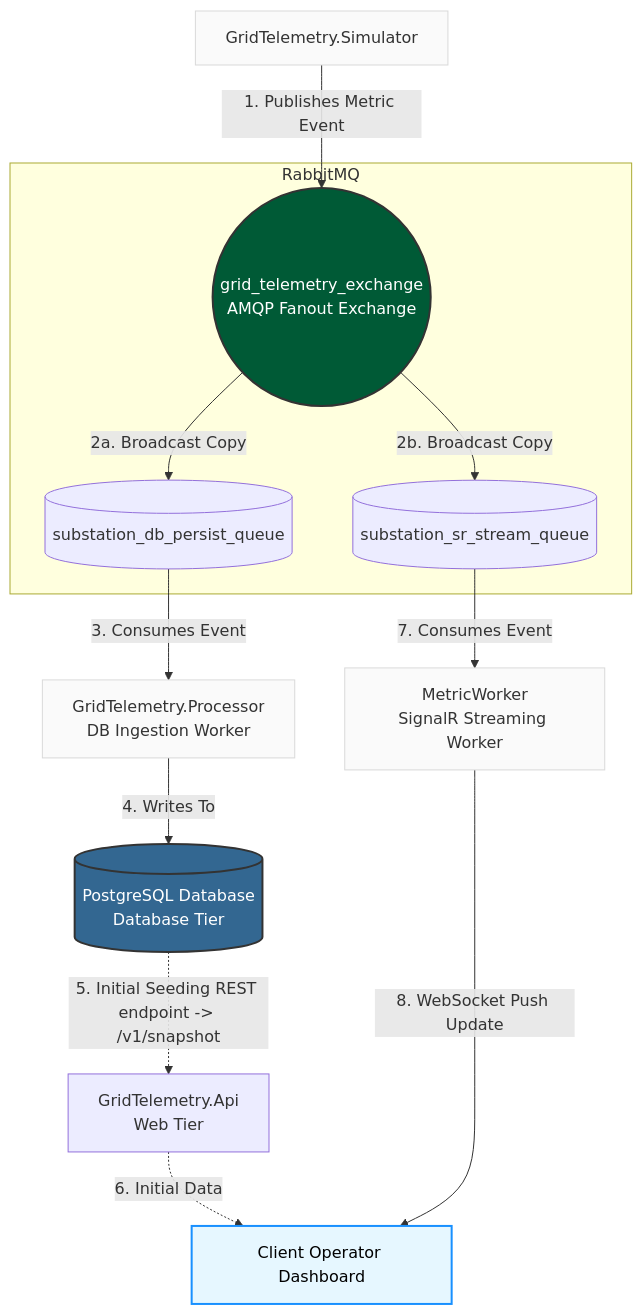
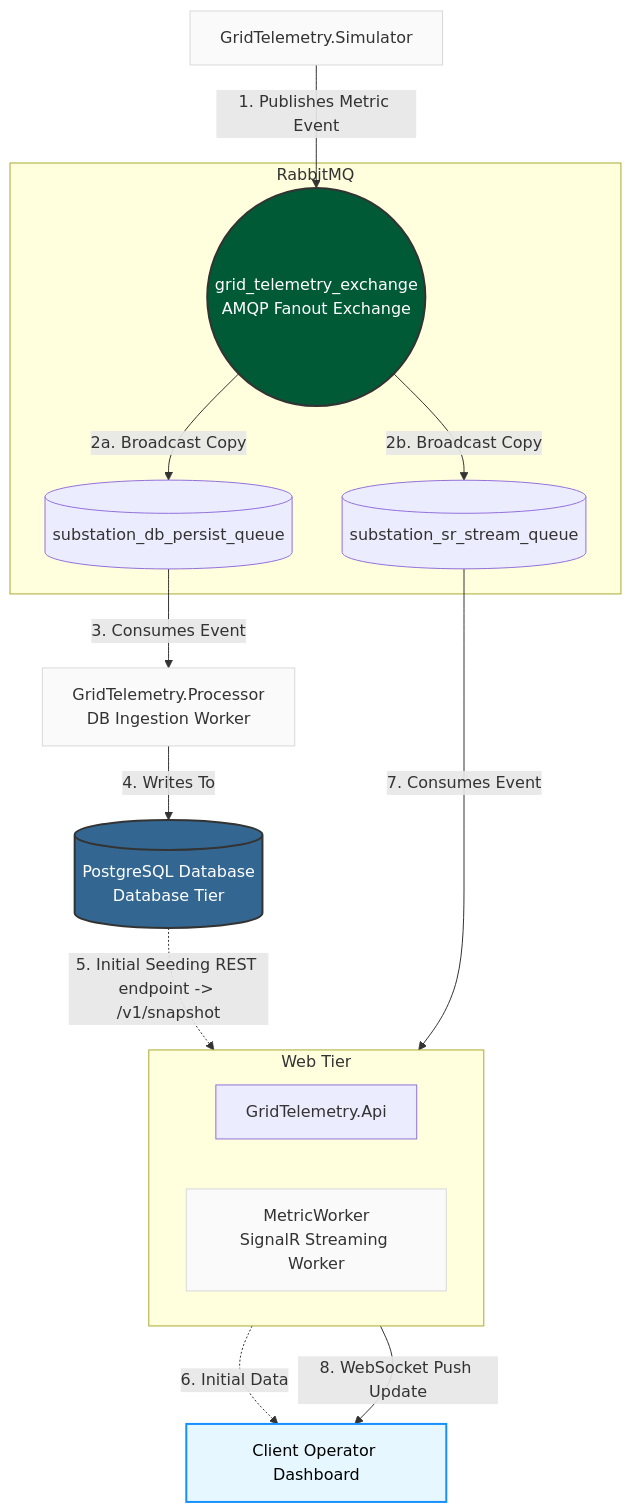
Before and after one commit to asimadalat/grid-telemetry-poc: the diagram in README.md, drawn with Mermaid. The commit also changed other lines of this file, not shown here.

Commit message:
Consolidate web tier, add .env step to README.md

````diff
--- a/README.md
+++ b/README.md
@@ -9,41 +9,45 @@
 ```mermaid
 graph TD
     %% Define System Nodes
     Sim[GridTelemetry.Simulator]
     Exch((grid_telemetry_exchange<br>AMQP Fanout Exchange))
     
     subgraph Message Broker Tier [RabbitMQ]
         Exch
         Q1[(substation_db_persist_queue)]
         Q2[(substation_sr_stream_queue)]
     end
     
     Proc[GridTelemetry.Processor<br>DB Ingestion Worker]
     DB[(PostgreSQL Database<br>Database Tier)]
     
-    Api[GridTelemetry.Api<br>Web Tier]
-    HubWorker[MetricWorker<br>SignalR Streaming Worker]
+    subgraph Web Tier
+        direction LR
+        Api[GridTelemetry.Api]
+        HubWorker[MetricWorker<br>SignalR Streaming Worker]
+    end
+
     UI[Client Operator Dashboard]
 
     %% Define Data Flows
     Sim -->|1. Publishes Metric Event| Exch
     Exch -->|2a. Broadcast Copy| Q1
     Exch -->|2b. Broadcast Copy| Q2
     
     Q1 -->|3. Consumes Event| Proc
     Proc -->|4. Writes To| DB
     
     DB -.->|5. Initial Seeding REST endpoint -> /v1/snapshot| Api
     Api -.->|6. Initial Data| UI
     
     Q2 -->|7. Consumes Event| HubWorker
     HubWorker -->|8. WebSocket Push Update| UI
 
     %% Visual Styling
     style Exch fill:#005A36,stroke:#333,stroke-width:2px,color:#fff
     style DB fill:#336791,stroke:#333,stroke-width:2px,color:#fff
     style UI fill:#e6f7ff,stroke:#1890ff,stroke-width:2px,color:#000
     style Sim fill:#fafafa,stroke:#d9d9d9
     style Proc fill:#fafafa,stroke:#d9d9d9
     style HubWorker fill:#fafafa,stroke:#d9d9d9
 ```
````
